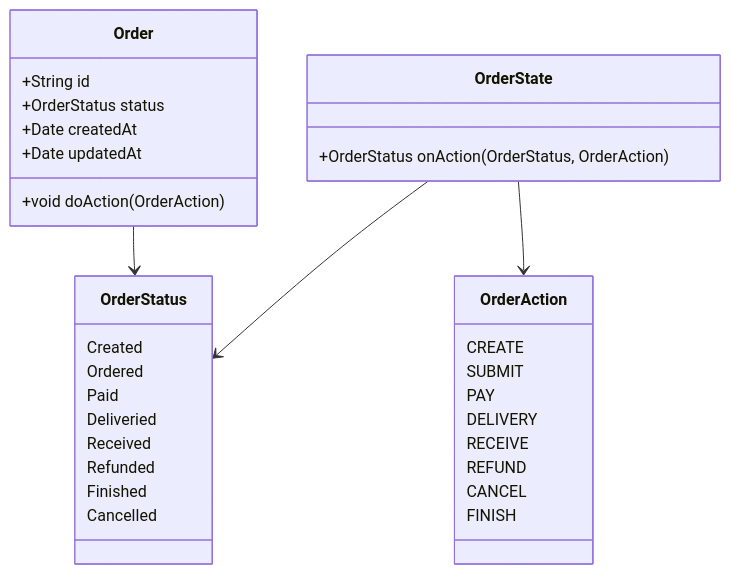
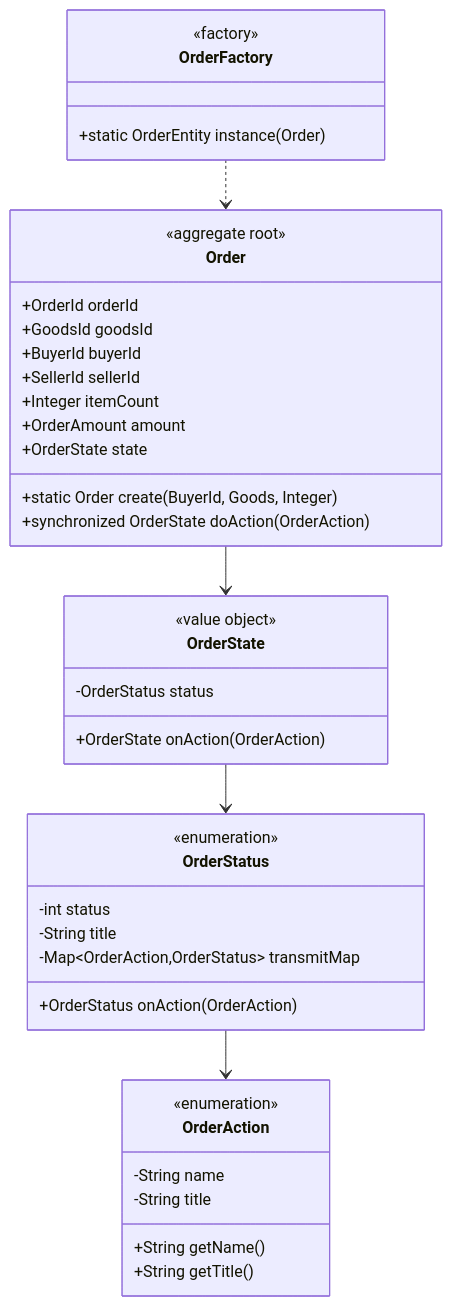
Before and after one commit to oleewen/ai-master: the second of 2 diagrams in docs/architecture/design.md, drawn with Mermaid. The commit also changed other lines of this file and 1 other file, not shown here.

````diff
--- a/docs/architecture/design.md
+++ b/docs/architecture/design.md
@@ -88,36 +231,42 @@
 ```mermaid
 classDiagram
     class Order {
-        +String id
-        +OrderStatus status
-        +Date createdAt
-        +Date updatedAt
-        +void doAction(OrderAction)
+        <<aggregate root>>
+        +OrderId orderId
+        +GoodsId goodsId
+        +BuyerId buyerId
+        +SellerId sellerId
+        +Integer itemCount
+        +OrderAmount amount
+        +OrderState state
+        +static Order create(BuyerId, Goods, Integer)
+        +synchronized OrderState doAction(OrderAction)
+    }
+    class OrderState {
+        <<value object>>
+        -OrderStatus status
+        +OrderState onAction(OrderAction)
     }
     class OrderStatus {
-        Created
-        Ordered
-        Paid
-        Deliveried
-        Received
-        Refunded
-        Finished
-        Cancelled
+        <<enumeration>>
+        -int status
+        -String title
+        -Map~OrderAction,OrderStatus~ transmitMap
+        +OrderStatus onAction(OrderAction)
     }
     class OrderAction {
-        CREATE
-        SUBMIT
-        PAY
-        DELIVERY
-        RECEIVE
-        REFUND
-        CANCEL
-        FINISH
+        <<enumeration>>
+        -String name
+        -String title
+        +String getName()
+        +String getTitle()
     }
-    class OrderState {
-        +OrderStatus onAction(OrderStatus, OrderAction)
+    class OrderFactory {
+        <<factory>>
+        +static OrderEntity instance(Order)
     }
-    Order --> OrderStatus
+    Order --> OrderState
     OrderState --> OrderStatus
-    OrderState --> OrderAction
+    OrderStatus --> OrderAction
+    OrderFactory ..> Order
 ``` 
````
